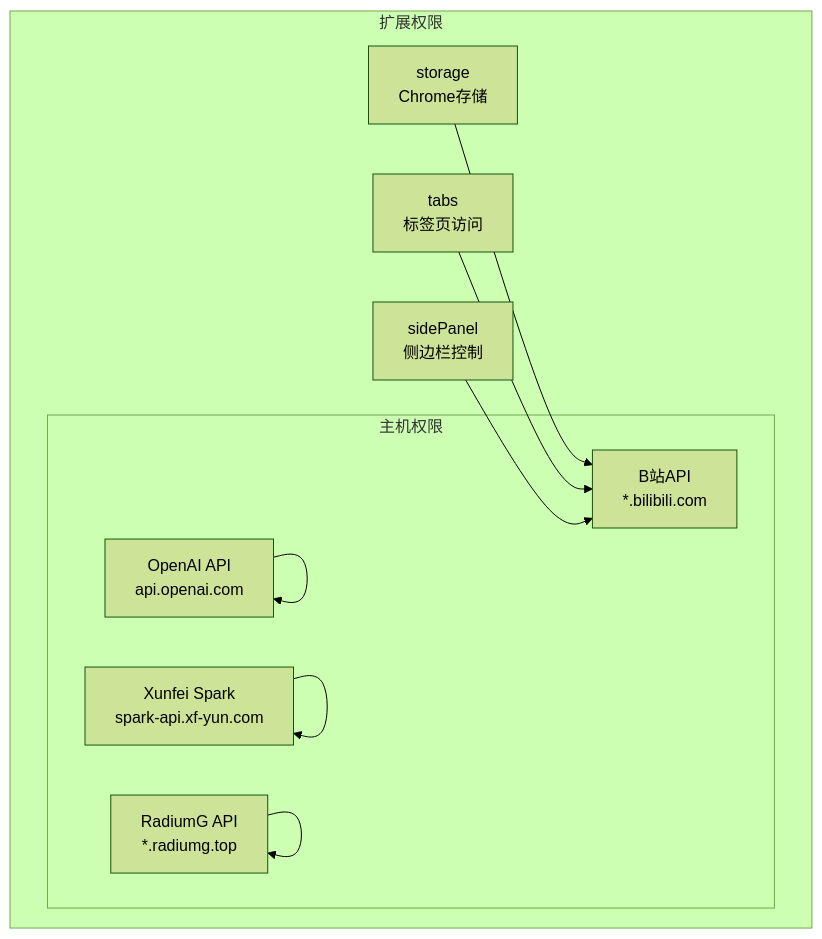
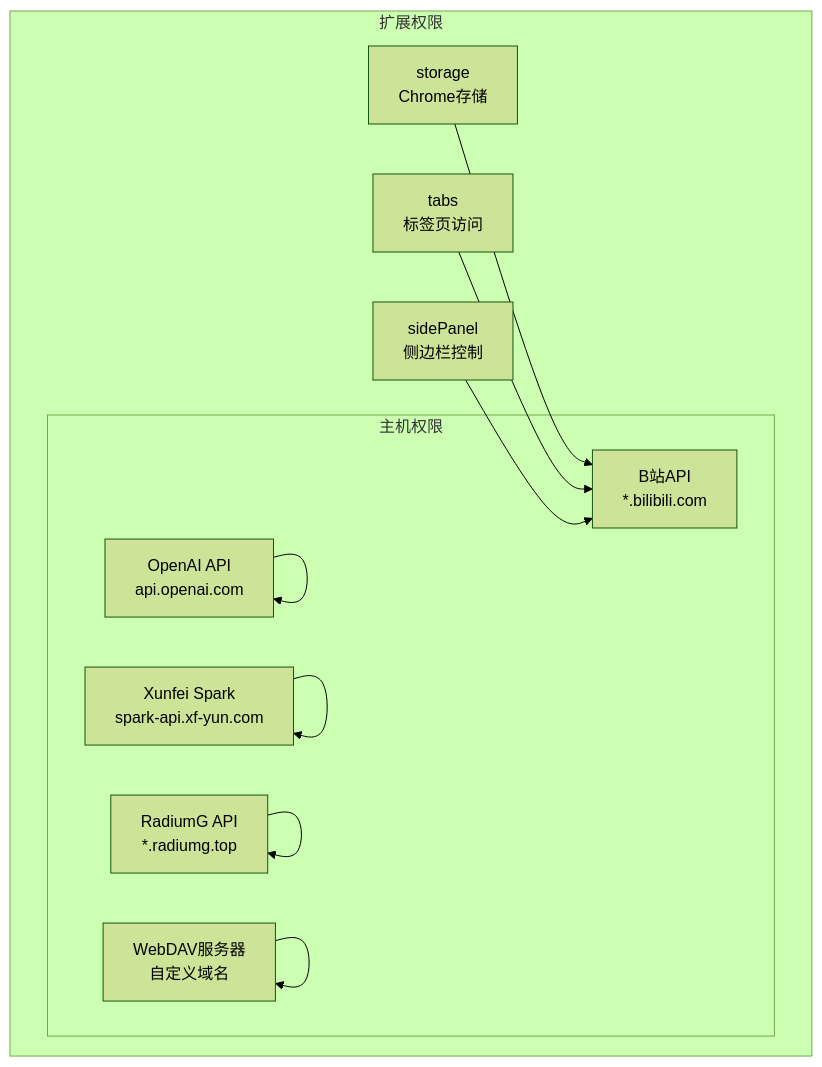
One commit to RadiumAg/bilibili-favorites changed diagram 16 of 16 in .qoder/repowiki/zh/content/Accessibility Enhancements.md. Above: the diagram before and after it, drawn with Mermaid (forest theme). The commit also changed other lines of this file and 10 other files, not shown here.

First line of the commit message:
feat(WebDAV): 实现WebDAV配置面板的完整无障碍支持

````diff
--- a/.qoder/repowiki/zh/content/Accessibility Enhancements.md
+++ b/.qoder/repowiki/zh/content/Accessibility Enhancements.md
@@ -642,20 +851,22 @@
 ```mermaid
 flowchart TD
 subgraph "扩展权限"
 Storage[storage<br/>Chrome存储]
 Tabs[tabs<br/>标签页访问]
 SidePanel[sidePanel<br/>侧边栏控制]
 subgraph "主机权限"
 Bilibili[B站API<br/>*.bilibili.com]
 OpenAI[OpenAI API<br/>api.openai.com]
 Spark[Xunfei Spark<br/>spark-api.xf-yun.com]
 Radium[RadiumG API<br/>*.radiumg.top]
+WebDAV[WebDAV服务器<br/>自定义域名]
 end
 end
 Storage --> Bilibili
 Tabs --> Bilibili
 SidePanel --> Bilibili
 OpenAI --> OpenAI
 Spark --> Spark
 Radium --> Radium
+WebDAV --> WebDAV
 ```
````
